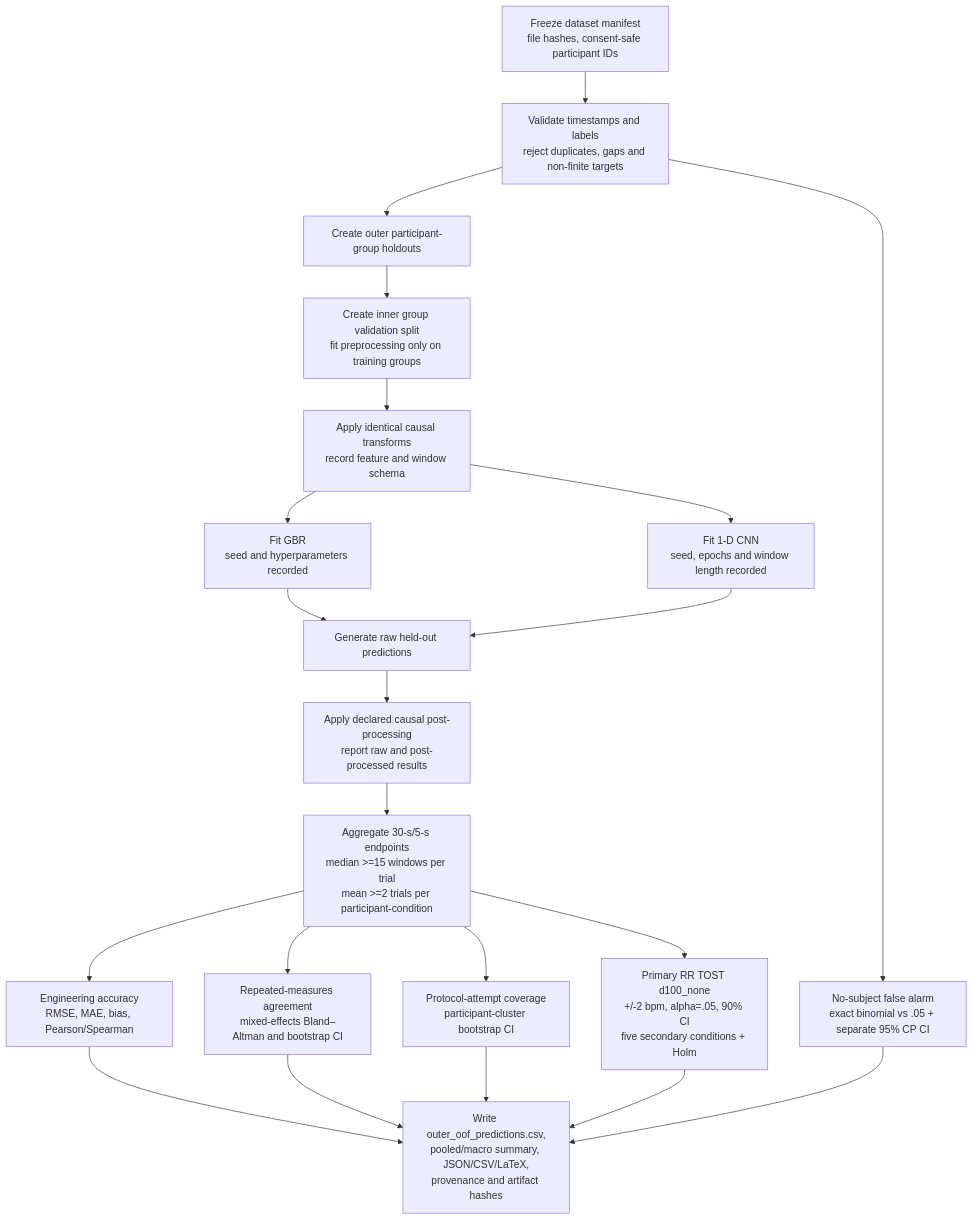
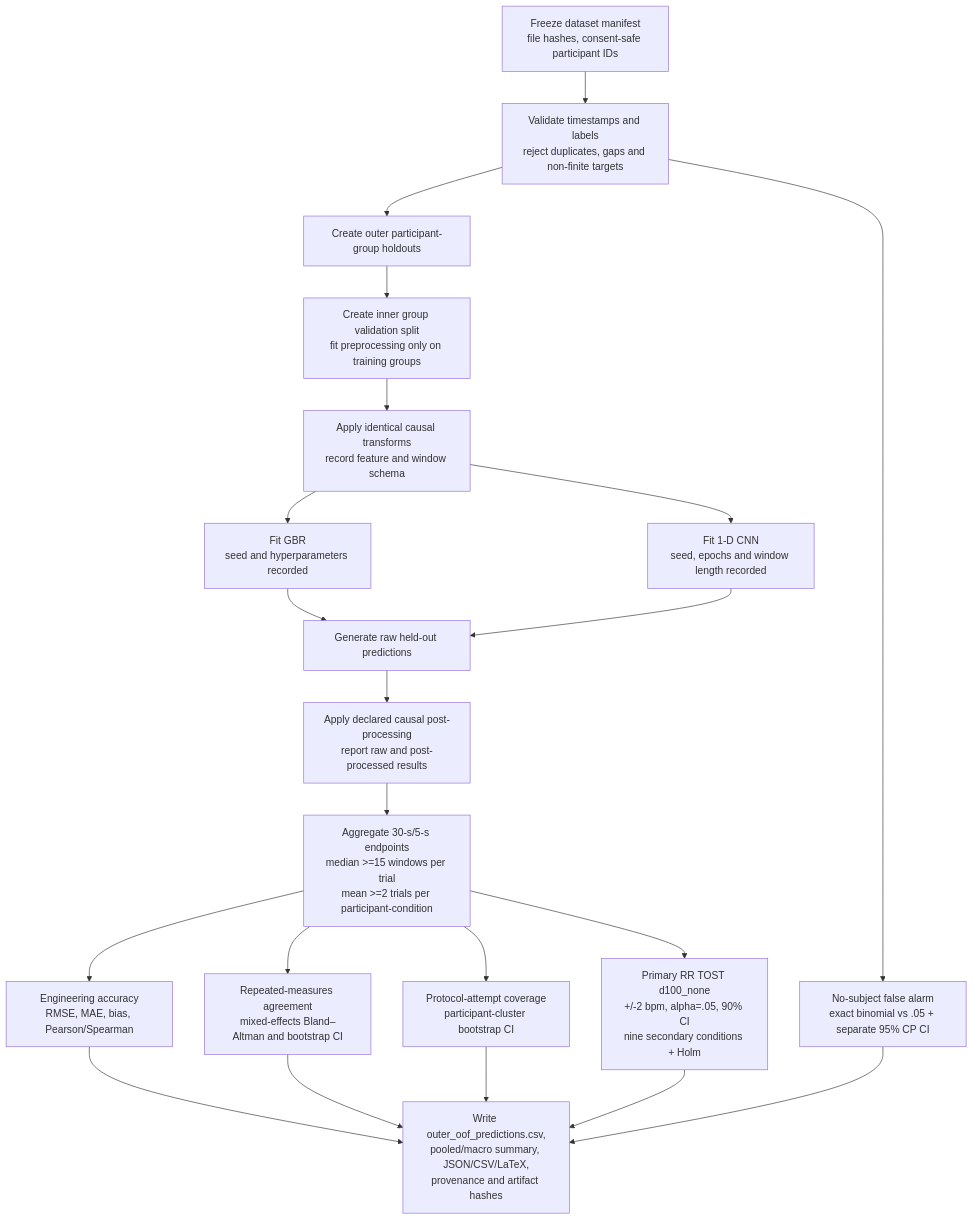
One commit to blayalems/radar-vital-mmwave-60-davao changed the second of 2 diagrams in docs/system-feedback-loop.md. Above: the diagram before and after it, drawn with Mermaid. The commit also changed other lines of this file and 51 other files, not shown here.

````diff
--- a/docs/system-feedback-loop.md
+++ b/docs/system-feedback-loop.md
@@ -83,29 +83,29 @@
 ```mermaid
 flowchart TD
     freeze["Freeze dataset manifest<br/>file hashes, consent-safe participant IDs"]
     validate["Validate timestamps and labels<br/>reject duplicates, gaps and non-finite targets"]
     outer["Create outer participant-group holdouts"]
     inner["Create inner group validation split<br/>fit preprocessing only on training groups"]
     transform["Apply identical causal transforms<br/>record feature and window schema"]
     gbrfit["Fit GBR<br/>seed and hyperparameters recorded"]
     cnnfit["Fit 1-D CNN<br/>seed, epochs and window length recorded"]
     raw["Generate raw held-out predictions"]
     post["Apply declared causal post-processing<br/>report raw and post-processed results"]
     trial["Aggregate 30-s/5-s endpoints<br/>median >=15 windows per trial<br/>mean >=2 trials per participant-condition"]
     metric["Engineering accuracy<br/>RMSE, MAE, bias, Pearson/Spearman"]
     agreement["Repeated-measures agreement<br/>mixed-effects Bland–Altman and bootstrap CI"]
     coverage["Protocol-attempt coverage<br/>participant-cluster bootstrap CI"]
-    tost["Primary RR TOST d100_none<br/>+/-2 bpm, alpha=.05, 90% CI<br/>five secondary conditions + Holm"]
+    tost["Primary RR TOST d100_none<br/>+/-2 bpm, alpha=.05, 90% CI<br/>nine secondary conditions + Holm"]
     alarm["No-subject false alarm<br/>exact binomial vs .05 + separate 95% CP CI"]
     publish["Write outer_oof_predictions.csv,<br/>pooled/macro summary, JSON/CSV/LaTeX,<br/>provenance and artifact hashes"]
 
     freeze --> validate --> outer --> inner --> transform
     transform --> gbrfit --> raw
     transform --> cnnfit --> raw
     raw --> post --> trial
     trial --> metric --> publish
     trial --> agreement --> publish
     trial --> coverage --> publish
     trial --> tost --> publish
     validate --> alarm --> publish
 ```
````
